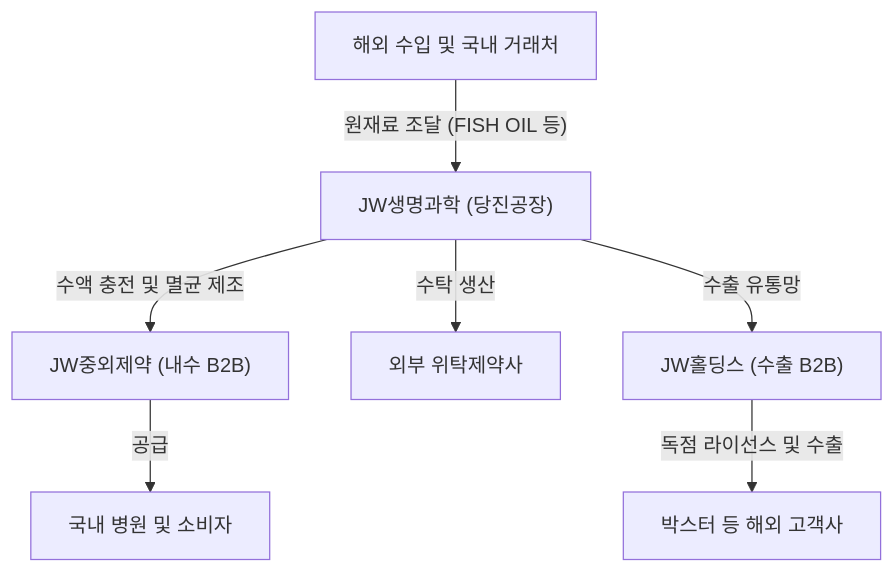
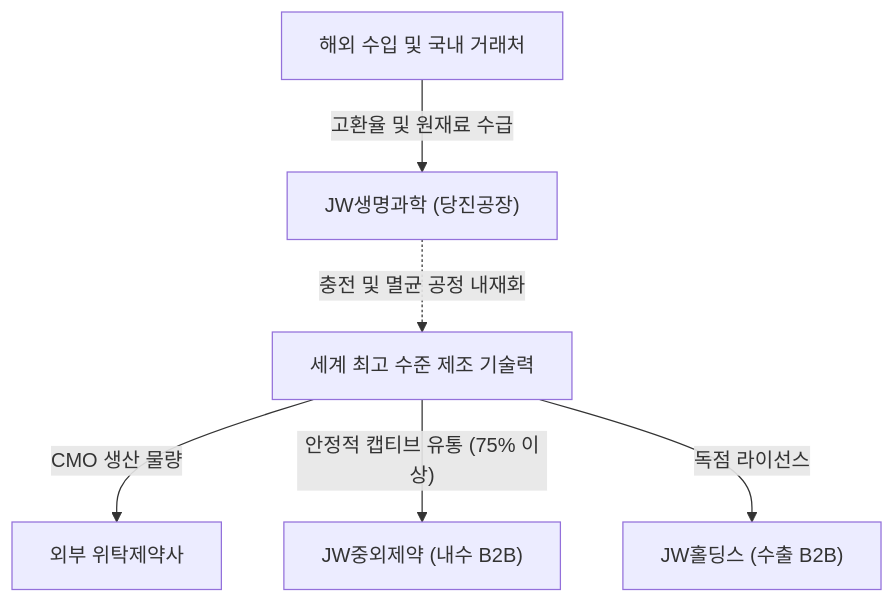
Before and after one commit to eve830521-cmd/my-skill: the diagram in Stock_Research/JW생명과학/3_Final_Reports/Phase1_Report.md, drawn with Mermaid. The commit also changed other lines of this file and 120 other files, not shown here.

Commit message:
feat: Update Korean Stock Analyzer skill, stock research reports, and timelines

````diff
--- a/Stock_Research/JW생명과학/3_Final_Reports/Phase1_Report.md
+++ b/Stock_Research/JW생명과학/3_Final_Reports/Phase1_Report.md
@@ -6,9 +11,8 @@
 ```mermaid
 graph TD
-    A["해외 수입 및 국내 거래처"] -->|"원재료 조달 (FISH OIL 등)"| B["JW생명과학 (당진공장)"]
-    B -->|"수액 충전 및 멸균 제조"| C["JW중외제약 (내수 B2B)"]
-    B -->|"수탁 생산"| D["외부 위탁제약사"]
-    B -->|"수출 유통망"| E["JW홀딩스 (수출 B2B)"]
-    C -->|"공급"| F["국내 병원 및 소비자"]
-    E -->|"독점 라이선스 및 수출"| G["박스터 등 해외 고객사"]
+    A["해외 수입 및 국내 거래처"] -->|"고환율 및 원재료 수급"| B["JW생명과학 (당진공장)"]
+    B -. "충전 및 멸균 공정 내재화" .-> C["세계 최고 수준 제조 기술력"]
+    C -->|"CMO 생산 물량"| D["외부 위탁제약사"]
+    C -->|"안정적 캡티브 유통 (75% 이상)"| E["JW중외제약 (내수 B2B)"]
+    C -->|"독점 라이선스"| F["JW홀딩스 (수출 B2B)"]
 ```
````
